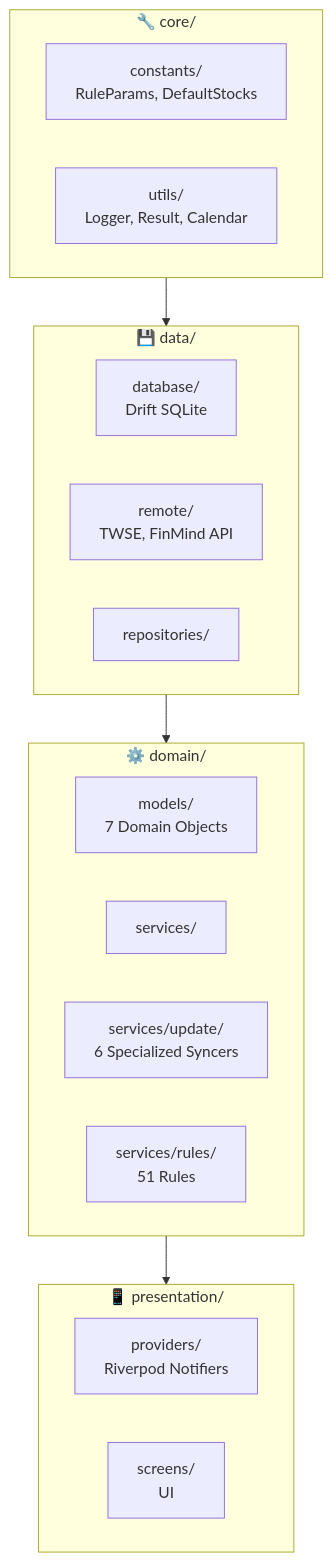
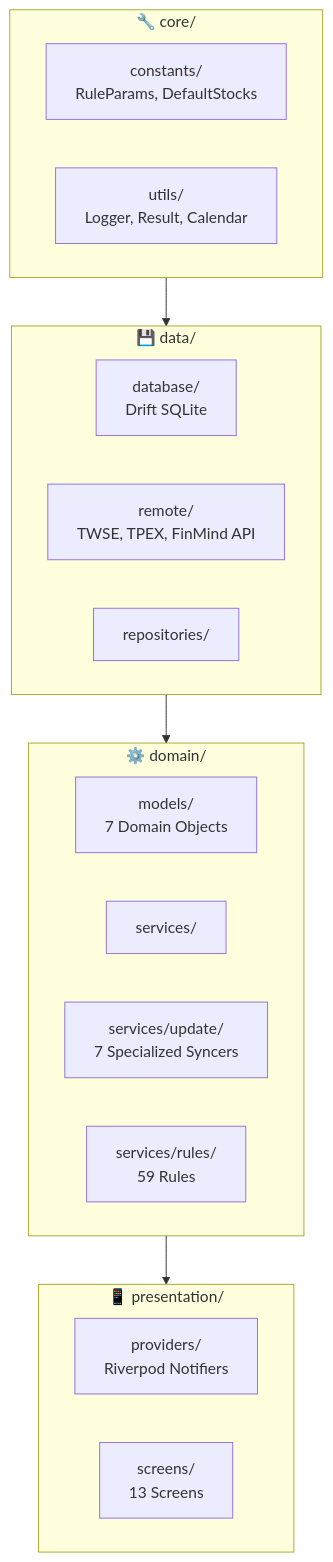
One commit to Neal75418/afterclose changed the second of 6 diagrams in CLAUDE.md. Above: the diagram before and after it, drawn with Mermaid. The commit also changed other lines of this file and 2 other files, not shown here.

````diff
--- a/CLAUDE.md
+++ b/CLAUDE.md
@@ -52,29 +52,29 @@
 ```mermaid
 flowchart TB
     subgraph Core["🔧 core/"]
         Constants["constants/<br/>RuleParams, DefaultStocks"]
         Utils["utils/<br/>Logger, Result, Calendar"]
     end
 
     subgraph Data["💾 data/"]
         Database["database/<br/>Drift SQLite"]
-        Remote["remote/<br/>TWSE, FinMind API"]
+        Remote["remote/<br/>TWSE, TPEX, FinMind API"]
         Repos["repositories/"]
     end
 
     subgraph Domain["⚙️ domain/"]
         Models["models/<br/>7 Domain Objects"]
         Services["services/"]
-        Update["services/update/<br/>6 Specialized Syncers"]
-        Rules["services/rules/<br/>51 Rules"]
+        Update["services/update/<br/>7 Specialized Syncers"]
+        Rules["services/rules/<br/>59 Rules"]
     end
 
     subgraph Presentation["📱 presentation/"]
         Providers["providers/<br/>Riverpod Notifiers"]
-        Screens["screens/<br/>UI"]
+        Screens["screens/<br/>13 Screens"]
     end
 
     Core --> Data
     Data --> Domain
     Domain --> Presentation
 ```
````
